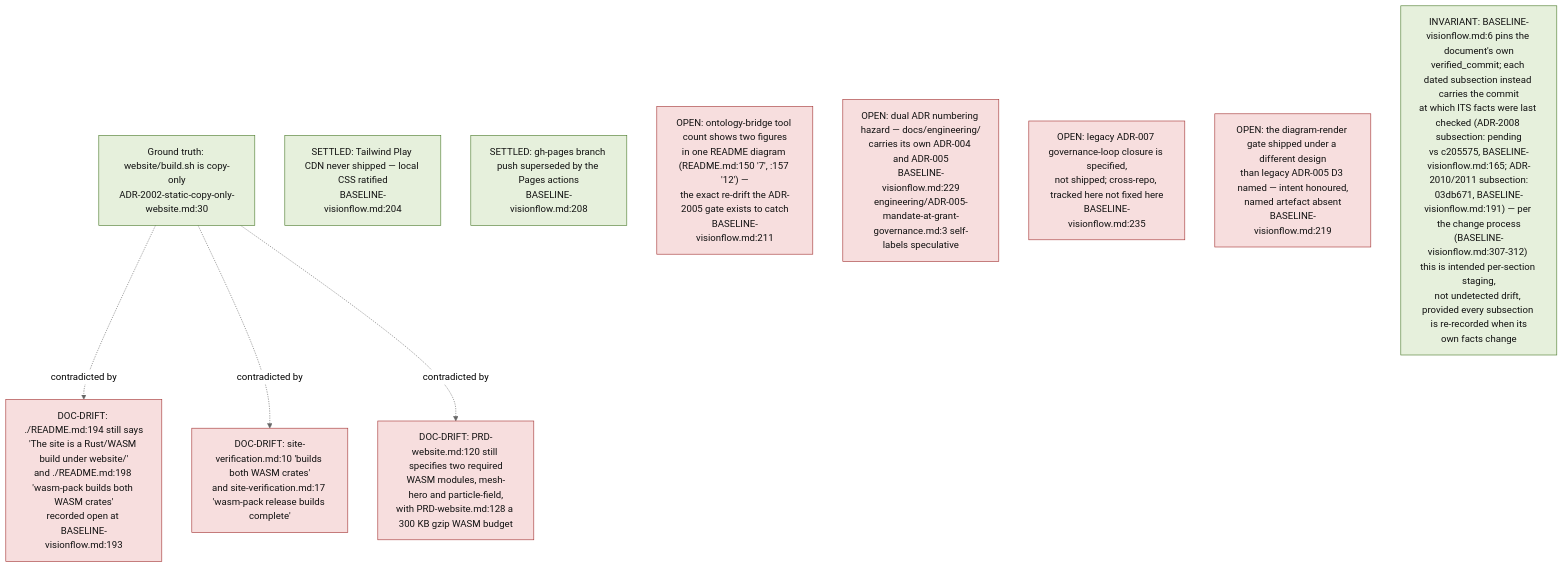
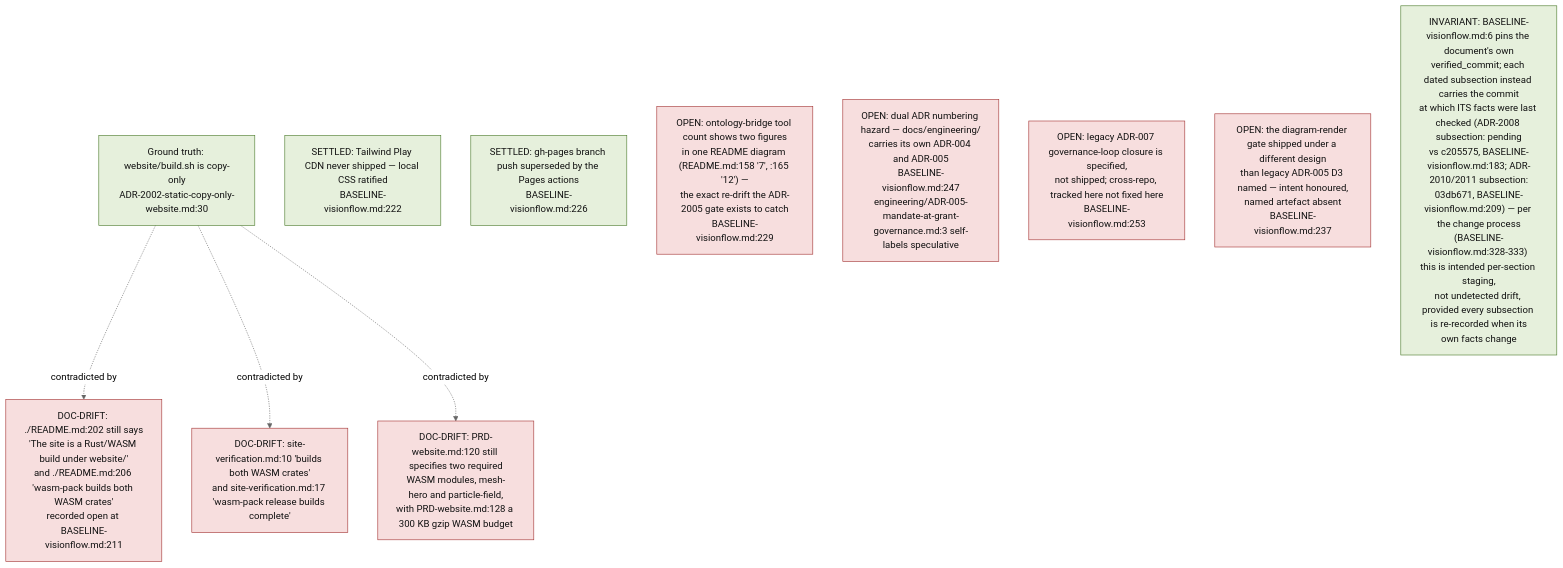
Before and after one commit to DreamLab-AI/VisionFlow: the eighth of 11 diagrams in docs/diagrams/visionflow/01-repo-composition-and-canon.md, drawn with Mermaid (neutral theme). The commit also changed other lines of this file and 94 other files, not shown here.

First line of the commit message:
docs(diagrams): re-verify 130 topics against 2 October HEADs

````diff
--- a/docs/diagrams/visionflow/01-repo-composition-and-canon.md
+++ b/docs/diagrams/visionflow/01-repo-composition-and-canon.md
@@ -299,24 +312,24 @@
 ```mermaid
 flowchart TB
     classDef drift fill:#f7dede,stroke:#a33333,color:#111
     classDef settled fill:#e6f0dc,stroke:#4a7a2a,color:#111
 
     SRC["Ground truth: website/build.sh is copy-only<br/>ADR-2002-static-copy-only-website.md:30"]:::settled
 
-    D1["DOC-DRIFT: ./README.md:194 still says<br/>'The site is a Rust/WASM build under website/'<br/>and ./README.md:198 'wasm-pack builds both WASM crates'<br/>recorded open at BASELINE-visionflow.md:193"]:::drift
+    D1["DOC-DRIFT: ./README.md:202 still says<br/>'The site is a Rust/WASM build under website/'<br/>and ./README.md:206 'wasm-pack builds both WASM crates'<br/>recorded open at BASELINE-visionflow.md:211"]:::drift
     D2["DOC-DRIFT: site-verification.md:10 'builds both WASM crates'<br/>and site-verification.md:17 'wasm-pack release builds complete'"]:::drift
     D3["DOC-DRIFT: PRD-website.md:120 still specifies two required<br/>WASM modules, mesh-hero and particle-field,<br/>with PRD-website.md:128 a 300 KB gzip WASM budget"]:::drift
     SRC -.->|"contradicted by"| D1
     SRC -.->|"contradicted by"| D2
     SRC -.->|"contradicted by"| D3
 
-    S1["SETTLED: Tailwind Play CDN never shipped — local CSS ratified<br/>BASELINE-visionflow.md:204"]:::settled
-    S2["SETTLED: gh-pages branch push superseded by the Pages actions<br/>BASELINE-visionflow.md:208"]:::settled
+    S1["SETTLED: Tailwind Play CDN never shipped — local CSS ratified<br/>BASELINE-visionflow.md:222"]:::settled
+    S2["SETTLED: gh-pages branch push superseded by the Pages actions<br/>BASELINE-visionflow.md:226"]:::settled
 
-    O1["OPEN: ontology-bridge tool count shows two figures<br/>in one README diagram (README.md:150 '7', :157 '12') —<br/>the exact re-drift the ADR-2005 gate exists to catch<br/>BASELINE-visionflow.md:211"]:::drift
-    O2["OPEN: dual ADR numbering hazard — docs/engineering/<br/>carries its own ADR-004 and ADR-005<br/>BASELINE-visionflow.md:229<br/>engineering/ADR-005-mandate-at-grant-governance.md:3 self-labels speculative"]:::drift
-    O3["OPEN: legacy ADR-007 governance-loop closure is specified,<br/>not shipped; cross-repo, tracked here not fixed here<br/>BASELINE-visionflow.md:235"]:::drift
-    O4["OPEN: the diagram-render gate shipped under a different design<br/>than legacy ADR-005 D3 named — intent honoured,<br/>named artefact absent<br/>BASELINE-visionflow.md:219"]:::drift
+    O1["OPEN: ontology-bridge tool count shows two figures<br/>in one README diagram (README.md:158 '7', :165 '12') —<br/>the exact re-drift the ADR-2005 gate exists to catch<br/>BASELINE-visionflow.md:229"]:::drift
+    O2["OPEN: dual ADR numbering hazard — docs/engineering/<br/>carries its own ADR-004 and ADR-005<br/>BASELINE-visionflow.md:247<br/>engineering/ADR-005-mandate-at-grant-governance.md:3 self-labels speculative"]:::drift
+    O3["OPEN: legacy ADR-007 governance-loop closure is specified,<br/>not shipped; cross-repo, tracked here not fixed here<br/>BASELINE-visionflow.md:253"]:::drift
+    O4["OPEN: the diagram-render gate shipped under a different design<br/>than legacy ADR-005 D3 named — intent honoured,<br/>named artefact absent<br/>BASELINE-visionflow.md:237"]:::drift
 
-    INV["INVARIANT: BASELINE-visionflow.md:6 pins the document's own<br/>verified_commit; each dated subsection instead carries the commit<br/>at which ITS facts were last checked (ADR-2008 subsection: pending<br/>vs c205575, BASELINE-visionflow.md:165; ADR-2010/2011 subsection:<br/>03db671, BASELINE-visionflow.md:191) — per the change process<br/>(BASELINE-visionflow.md:307-312) this is intended per-section staging,<br/>not undetected drift, provided every subsection is re-recorded when its<br/>own facts change"]:::settled
+    INV["INVARIANT: BASELINE-visionflow.md:6 pins the document's own<br/>verified_commit; each dated subsection instead carries the commit<br/>at which ITS facts were last checked (ADR-2008 subsection: pending<br/>vs c205575, BASELINE-visionflow.md:183; ADR-2010/2011 subsection:<br/>03db671, BASELINE-visionflow.md:209) — per the change process<br/>(BASELINE-visionflow.md:328-333) this is intended per-section staging,<br/>not undetected drift, provided every subsection is re-recorded when its<br/>own facts change"]:::settled
 ```
````
